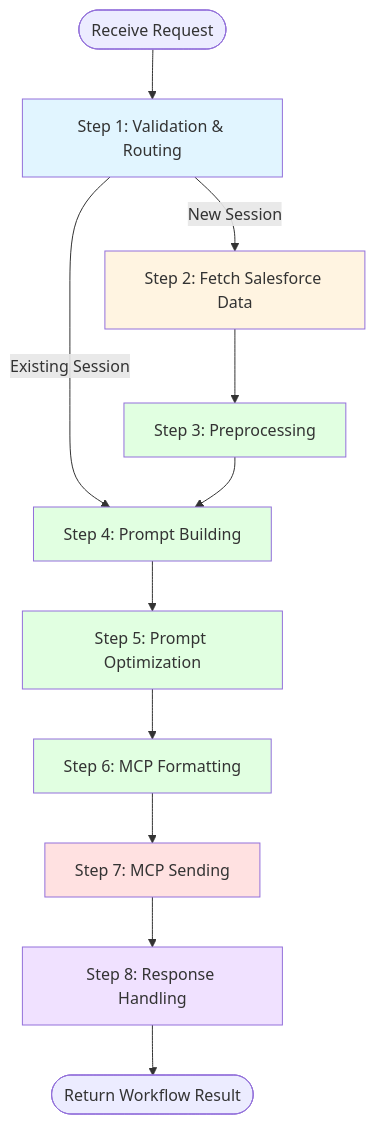
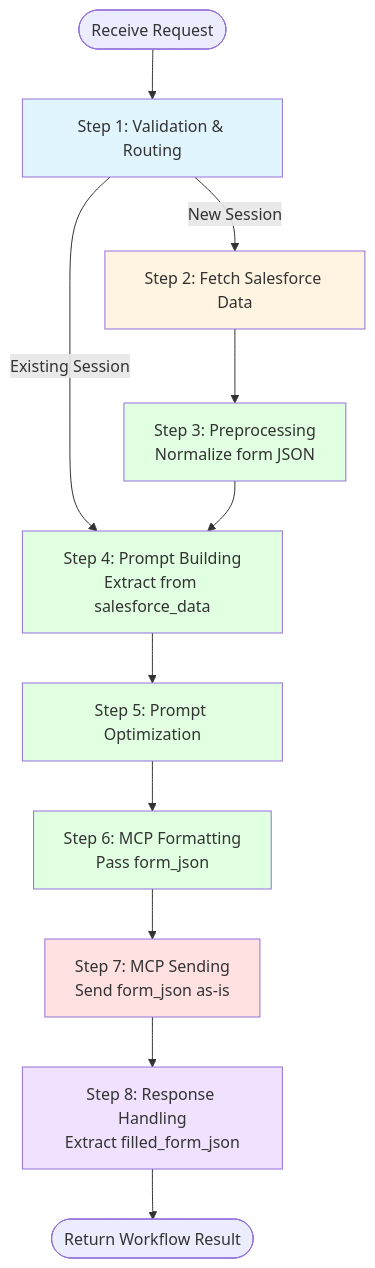
Diagram 12 of 14 in docs/PIPELINE_FLOW.md (Yasser1AITLAZIZ/sfd-clm), drawn with Mermaid before and after one commit. The commit also changed other lines of this file and 40 other files, not shown here.

Commit message:
new architecture setup

````diff
--- a/docs/PIPELINE_FLOW.md
+++ b/docs/PIPELINE_FLOW.md
@@ -300,22 +473,22 @@
 ```mermaid
 flowchart TD
     Start([Receive Request]) --> Step1[Step 1: Validation & Routing]
     Step1 -->|New Session| Step2[Step 2: Fetch Salesforce Data]
     Step1 -->|Existing Session| Step4
-    Step2 --> Step3[Step 3: Preprocessing]
-    Step3 --> Step4[Step 4: Prompt Building]
+    Step2 --> Step3[Step 3: Preprocessing<br/>Normalize form JSON]
+    Step3 --> Step4[Step 4: Prompt Building<br/>Extract from salesforce_data]
     Step4 --> Step5[Step 5: Prompt Optimization]
-    Step5 --> Step6[Step 6: MCP Formatting]
-    Step6 --> Step7[Step 7: MCP Sending]
-    Step7 --> Step8[Step 8: Response Handling]
+    Step5 --> Step6[Step 6: MCP Formatting<br/>Pass form_json]
+    Step6 --> Step7[Step 7: MCP Sending<br/>Send form_json as-is]
+    Step7 --> Step8[Step 8: Response Handling<br/>Extract filled_form_json]
     Step8 --> End([Return Workflow Result])
     
     style Step1 fill:#e1f5ff
     style Step2 fill:#fff4e1
     style Step3 fill:#e1ffe1
     style Step4 fill:#e1ffe1
     style Step5 fill:#e1ffe1
     style Step6 fill:#e1ffe1
     style Step7 fill:#ffe1e1
     style Step8 fill:#f0e1ff
 ```
````
